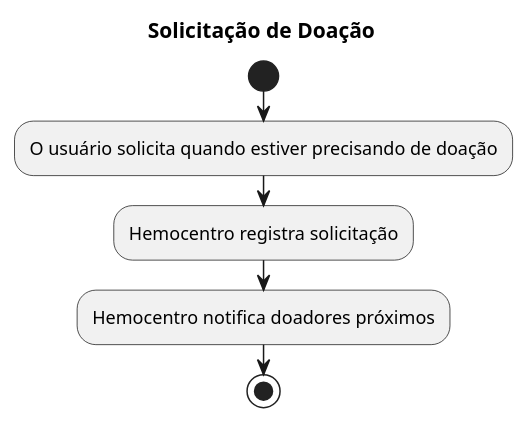
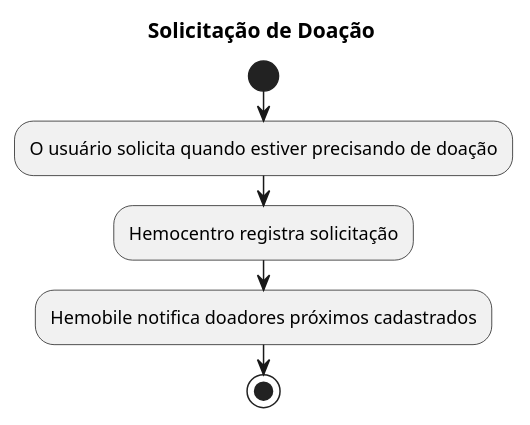
Before and after one commit to hebertluisoficial/HEMOBILE_UML: the diagram in Diagramas/Atividade/HEMOBILE-Atividade-Solicitacao.puml, drawn with PlantUML. The commit also changed 9 other files, not shown here.

```diff
--- a/Diagramas/Atividade/HEMOBILE-Atividade-Solicitacao.puml
+++ b/Diagramas/Atividade/HEMOBILE-Atividade-Solicitacao.puml
@@ -1,12 +1,12 @@
 @startuml HEMOBILE
 start
 
 title Solicitação de Doação
 
 :O usuário solicita quando estiver precisando de doação;
 
 :Hemocentro registra solicitação;
 
-:Hemocentro notifica doadores próximos;
+:Hemobile notifica doadores próximos cadastrados;
 stop
 @enduml
```
